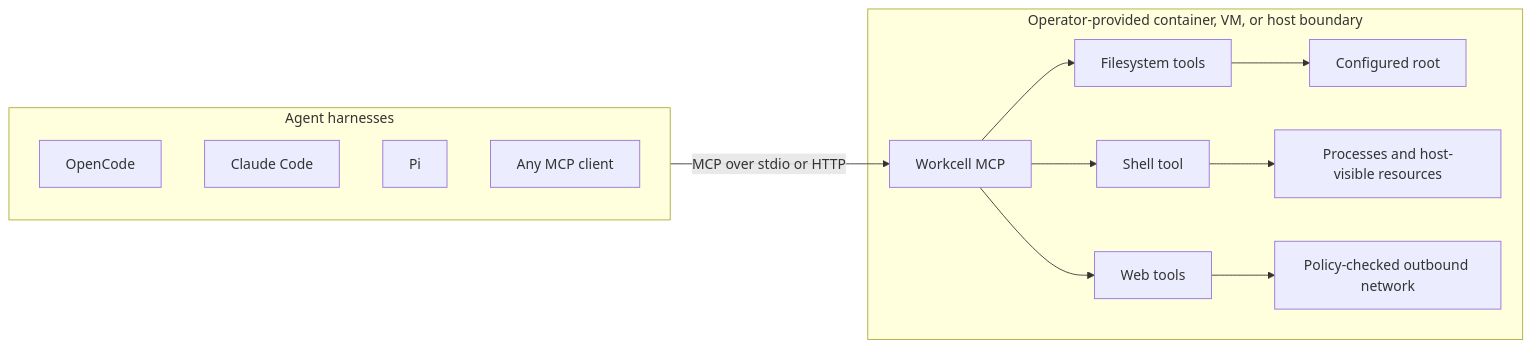
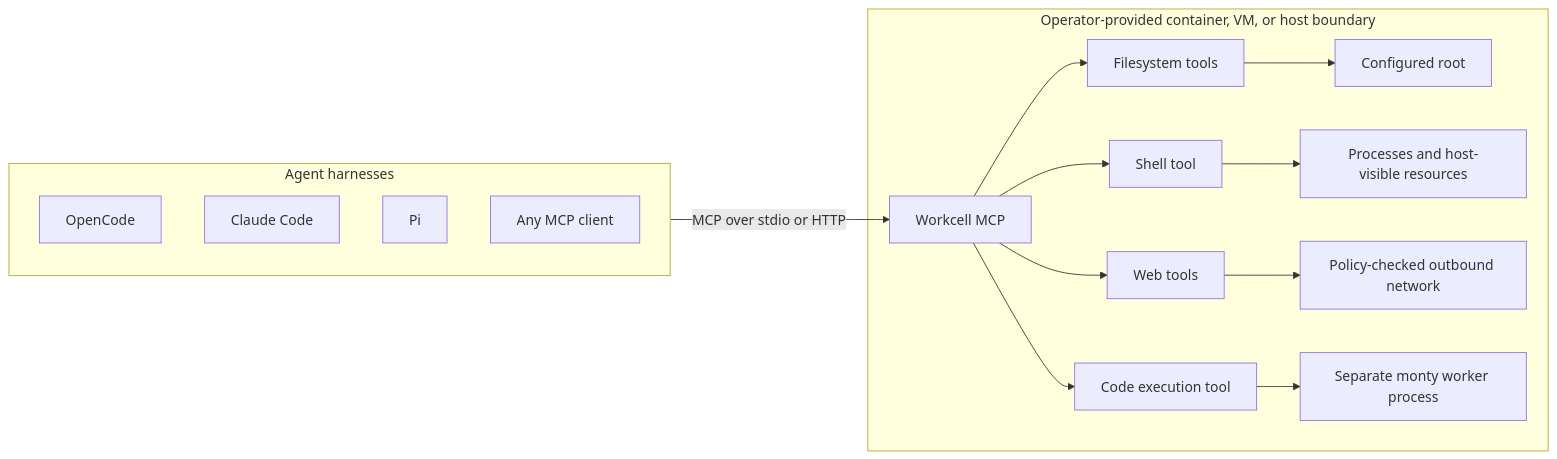
The first of 3 diagrams in README.md (caudra/caudra), drawn with Mermaid before and after one commit. The commit also changed other lines of this file and 31 other files, not shown here.

````diff
--- a/README.md
+++ b/README.md
@@ -17,20 +17,22 @@
 ```mermaid
 flowchart LR
     subgraph Clients[Agent harnesses]
         OC[OpenCode]
         CC[Claude Code]
         PI[Pi]
         Other[Any MCP client]
     end
 
     Clients -->|MCP over stdio or HTTP| Server[Workcell MCP]
 
     subgraph Boundary[Operator-provided container, VM, or host boundary]
         Server --> Files[Filesystem tools]
         Server --> Web[Web tools]
         Server --> Shell[Shell tool]
+        Server --> Code[Code execution tool]
         Files --> Root[Configured root]
         Shell --> OS[Processes and host-visible resources]
         Web --> Network[Policy-checked outbound network]
+        Code --> Worker[Separate monty worker process]
     end
 ```
````
